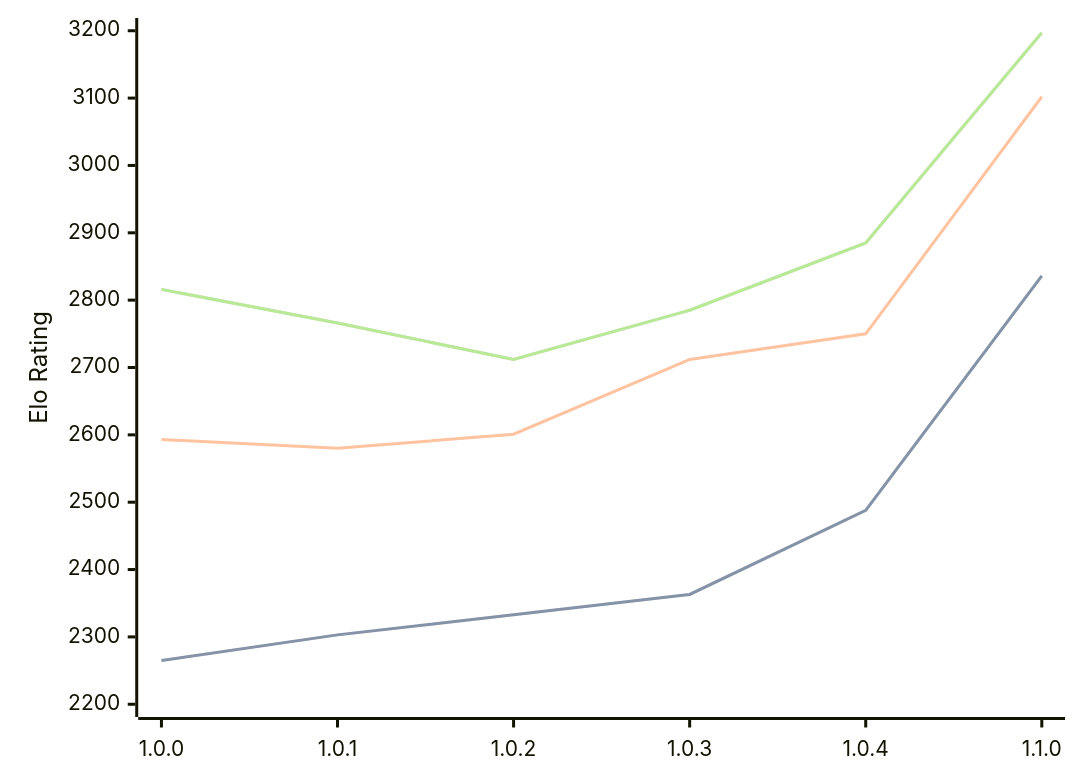
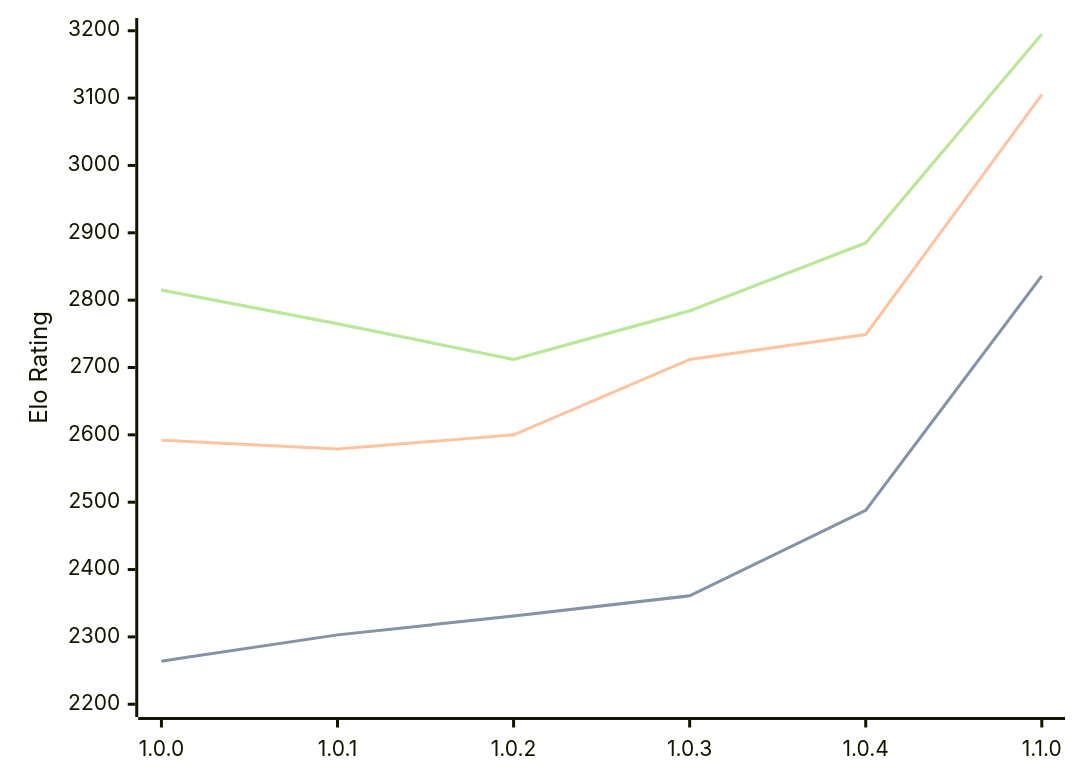
The diagram in engines/Grail.md (computer-chess-index/cci), drawn with Mermaid before and after one commit. The commit also changed other lines of this file, not shown here.

Commit message:
Update CCI Ratings (ELO VLTC) - 2026-03-30

````diff
--- a/engines/Grail.md
+++ b/engines/Grail.md
@@ -36,11 +36,11 @@
 ```mermaid
 %%{init: {"theme":"base","themeVariables":{"seriesColors:['#a3a3a3','#222221','#faa371']}}}%%
 xychart-beta
   x-axis ["1.0.0", "1.0.1", "1.0.2", "1.0.3", "1.0.4", "1.1.0"]
   y-axis "Elo Rating" 2200 --> 3200
-  line "STC (8.0+0.08s)" [2265, 2303, 2333, 2363, 2488, 2836]
-  line "STC (8.0+0.08s)" [2265, 2303, 2333, 2363, 2488, 2836]
-  line "LTC (60.0+0.60s)" [2593, 2580, 2601, 2712, 2750, 3102]
-  line "VLTC (2m24s+1.12s)" [2816, 2766, 2712, 2785, 2885, 3197]
-  line "VLTC (2m24s+1.12s)" [2816, 2766, 2712, 2785, 2885, 3197]
+  line "STC (8.0+0.08s)" [2264, 2303, 2331, 2361, 2488, 2836]
+  line "STC (8.0+0.08s)" [2264, 2303, 2331, 2361, 2488, 2836]
+  line "LTC (60.0+0.60s)" [2592, 2579, 2600, 2712, 2749, 3105]
+  line "VLTC (2m24s+1.12s)" [2815, 2765, 2712, 2784, 2885, 3195]
+  line "VLTC (2m24s+1.12s)" [2815, 2765, 2712, 2784, 2885, 3195]
 ```
````
